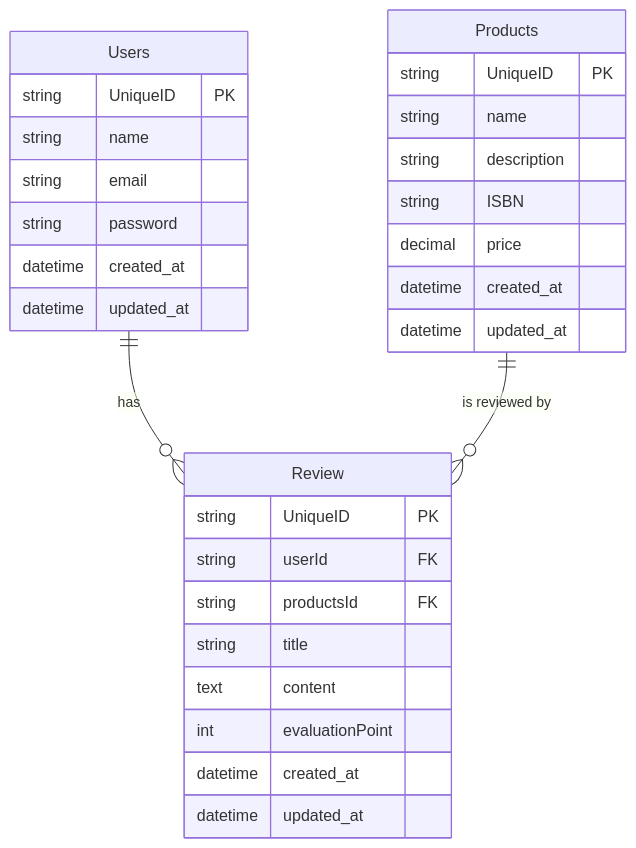
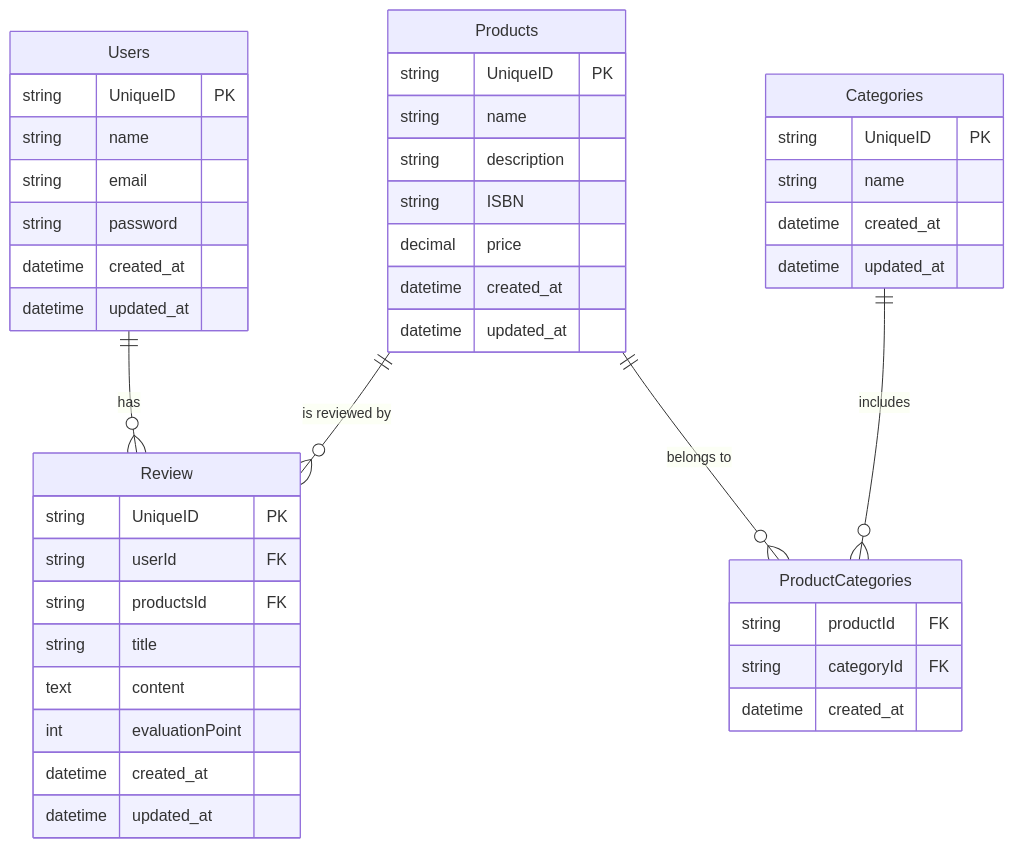
Before and after one commit to KikyoNanakusa/websystem-django-mock: the diagram in docs/er-diagram/er-diagram.md, drawn with Mermaid.

Commit message:
feat: Update ER diagram to include Categories and ProductCategories entities

````diff
--- a/docs/er-diagram/er-diagram.md
+++ b/docs/er-diagram/er-diagram.md
@@ -1,35 +1,50 @@
 ```mermaid
 erDiagram
     Users {
         string UniqueID PK
         string name
         string email
         string password
+        datetime created_at
+        datetime updated_at
+    }
+
+    Categories {
+        string UniqueID PK
+        string name
         datetime created_at
         datetime updated_at
     }
 
     Products {
         string UniqueID PK
         string name
         string description
         string ISBN
         decimal price
         datetime created_at
         datetime updated_at
+    }
+
+    ProductCategories {
+        string productId FK
+        string categoryId FK
+        datetime created_at
     }
 
     Review {
         string UniqueID PK
         string userId FK
         string productsId FK
         string title
         text content
         int evaluationPoint
         datetime created_at
         datetime updated_at
     }
 
     Users ||--o{ Review : "has"
     Products ||--o{ Review : "is reviewed by"
+    Products ||--o{ ProductCategories : "belongs to"
+    Categories ||--o{ ProductCategories : "includes"
 ```
````
